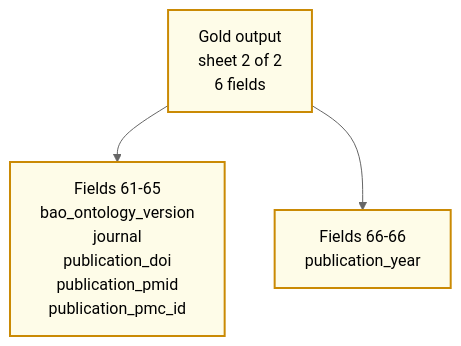
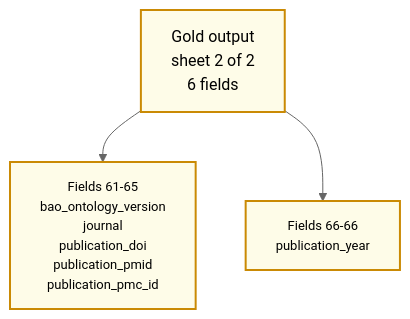
Before and after one commit to SatoryKono/BioactivityDataAcquisition: the diagram in docs/02-architecture/diagrams/architecture/52b-chembl-activity-gold-fields-2.mmd, drawn with Mermaid. The commit also changed 6 other files, not shown here.

Commit message:
fix(diagrams): size chembl field card labels

```diff
--- a/docs/02-architecture/diagrams/architecture/52b-chembl-activity-gold-fields-2.mmd
+++ b/docs/02-architecture/diagrams/architecture/52b-chembl-activity-gold-fields-2.mmd
@@ -1,26 +1,28 @@
 %% BioETL — ChEMBL Activity Gold Output Fields 2 Of 2
 %% Generated from the resolved chembl_activity configuration and contracts.
 
 %% @version 1.0.0
 %% @date    2026-07-18
 %% @type    flowchart
 %% @level   Pipeline / Gold Contract
 %% @nodes   3
 %% @adr     ADR-002, ADR-040
 %%{init: {'theme': 'neutral', 'themeVariables': {'fontFamily': 'Inter, system-ui', 'lineWidth': '2'}, 'flowchart': {'wrappingWidth': 360}}}%%
 flowchart TB
     Layer["Gold output<br/>sheet 2 of 2<br/>6 fields"]
     Fields1["Fields 61-65<br/>bao_ontology_version<br/>journal<br/>publication_doi<br/>publication_pmid<br/>publication_pmc_id"]
     Fields2["Fields 66-66<br/>publication_year"]
 
     Layer --> Fields1
     Layer --> Fields2
 
     class Layer,Fields1,Fields2 gold
+    class Fields1,Fields2 fieldCard
+    classDef fieldCard font-size:13px
     classDef source fill:#f1f5f9,stroke:#64748b,stroke-width:2px
     classDef process fill:#f0fdf4,stroke:#16a34a,stroke-width:2px
     classDef bronze fill:#fff7ed,stroke:#f59e0b,stroke-width:2px
     classDef silver fill:#f8fafc,stroke:#475569,stroke-width:2px
     classDef gold fill:#fefce8,stroke:#ca8a04,stroke-width:2px
     classDef dq fill:#f5f3ff,stroke:#7c3aed,stroke-width:2px
     classDef warning fill:#fff1f2,stroke:#dc2626,stroke-width:2px
```
